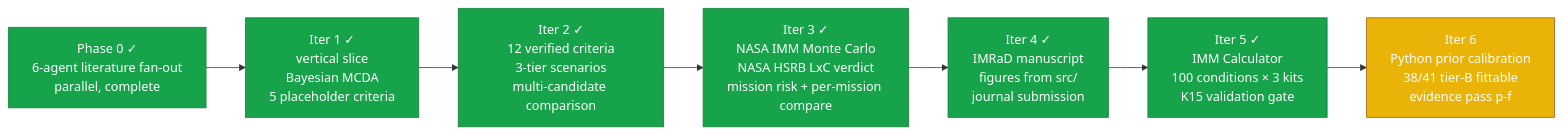
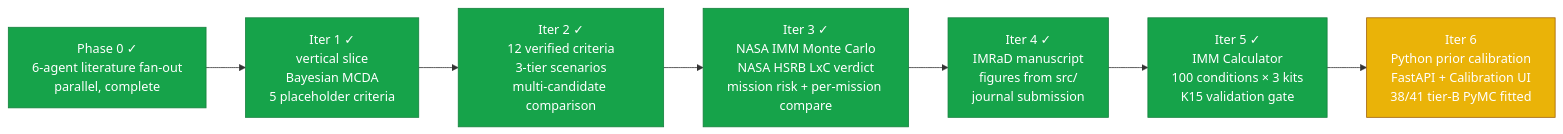
The first of 2 diagrams in README.md (strikerdlm/selectron), drawn with Mermaid before and after one commit. The commit also changed other lines of this file and 11 other files, not shown here.

First line of the commit message:
docs(readme+status): v0.5.2 — Calibration API + browser UI

````diff
--- a/README.md
+++ b/README.md
@@ -83,14 +93,14 @@
 ```mermaid
 flowchart LR
     P0[Phase 0 ✓<br/>6-agent literature fan-out<br/>parallel, complete] --> I1
     I1[Iter 1 ✓<br/>vertical slice<br/>Bayesian MCDA<br/>5 placeholder criteria] --> I2
     I2[Iter 2 ✓<br/>12 verified criteria<br/>3-tier scenarios<br/>multi-candidate comparison] --> I3
     I3[Iter 3 ✓<br/>NASA IMM Monte Carlo<br/>NASA HSRB LxC verdict<br/>mission risk + per-mission compare] --> I4
     I4[Iter 4 ✓<br/>IMRaD manuscript<br/>figures from src/<br/>journal submission] --> I5
     I5[Iter 5 ✓<br/>IMM Calculator<br/>100 conditions × 3 kits<br/>K15 validation gate] --> I6
-    I6[Iter 6<br/>Python prior calibration<br/>38/41 tier-B fittable<br/>evidence pass p-f]
+    I6[Iter 6<br/>Python prior calibration<br/>FastAPI + Calibration UI<br/>38/41 tier-B PyMC fitted]
     classDef done fill:#16a34a,stroke:#15803d,color:#fff
     classDef active fill:#eab308,stroke:#a16207,color:#fff
     class P0,I1,I2,I3,I4,I5 done
     class I6 active
 ```
````
